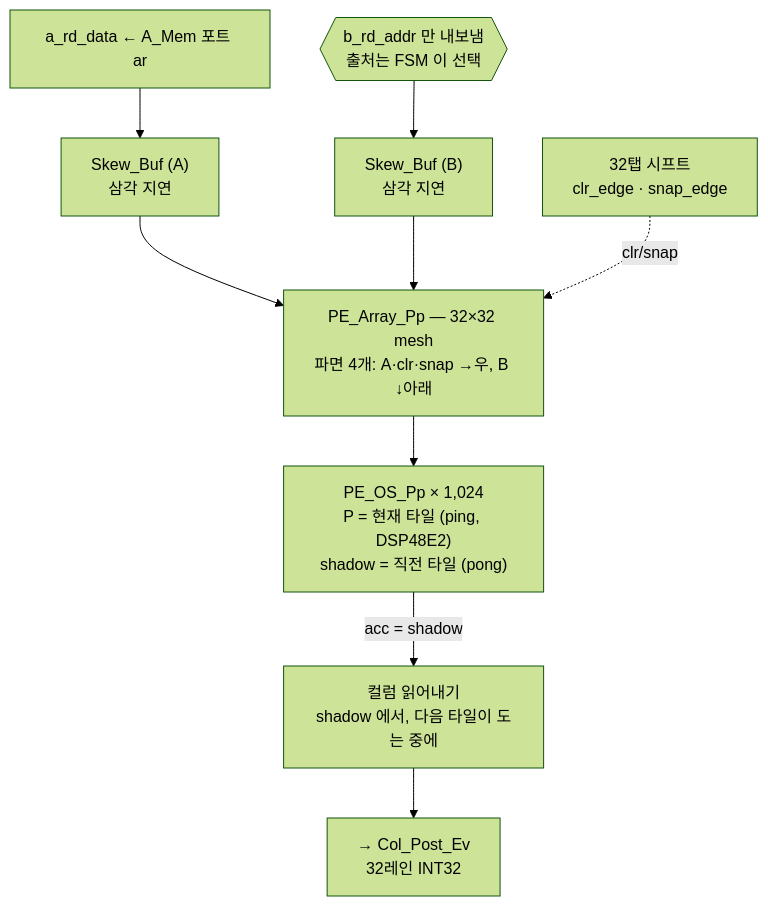
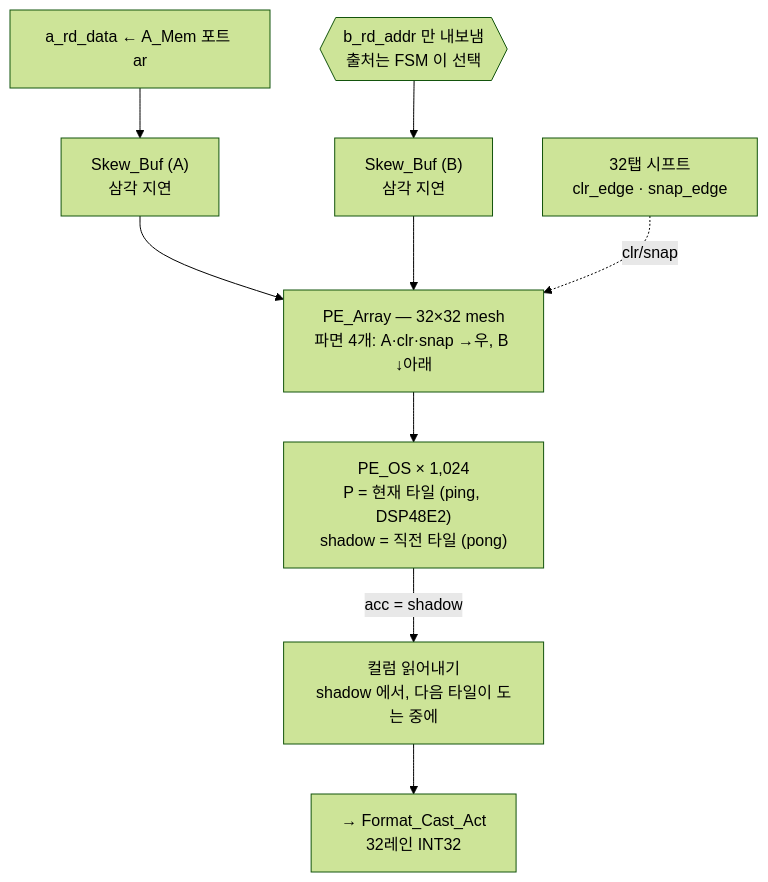
One commit to JM-DTCKT/EventTransformer changed the third of 4 diagrams in FPGA_README.md. Above: the diagram before and after it, drawn with Mermaid (forest theme). The commit also changed other lines of this file and 64 other files, not shown here.

````diff
--- a/FPGA_README.md
+++ b/FPGA_README.md
@@ -837,21 +847,21 @@
 ```mermaid
 flowchart TB
   ARD["a_rd_data ← A_Mem 포트 ar"]
   BMUX{{"b_rd_addr 만 내보냄<br/>출처는 FSM 이 선택"}}
   SKA["Skew_Buf (A)<br/>삼각 지연"]
   SKB["Skew_Buf (B)<br/>삼각 지연"]
   SH["32탭 시프트<br/>clr_edge · snap_edge"]
-  MESH["PE_Array_Pp — 32×32 mesh<br/>파면 4개: A·clr·snap →우, B ↓아래"]
-  PE["PE_OS_Pp × 1,024<br/>P = 현재 타일 (ping, DSP48E2)<br/>shadow = 직전 타일 (pong)"]
+  MESH["PE_Array — 32×32 mesh<br/>파면 4개: A·clr·snap →우, B ↓아래"]
+  PE["PE_OS × 1,024<br/>P = 현재 타일 (ping, DSP48E2)<br/>shadow = 직전 타일 (pong)"]
   RD["컬럼 읽어내기<br/>shadow 에서, 다음 타일이 도는 중에"]
-  OUT["→ Col_Post_Ev<br/>32레인 INT32"]
+  OUT["→ Format_Cast_Act<br/>32레인 INT32"]
 
   ARD --> SKA
   BMUX --> SKB
   SKA --> MESH
   SKB --> MESH
   SH -.clr/snap.-> MESH
   MESH --> PE
   PE -->|"acc = shadow"| RD
   RD --> OUT
 ```
````
